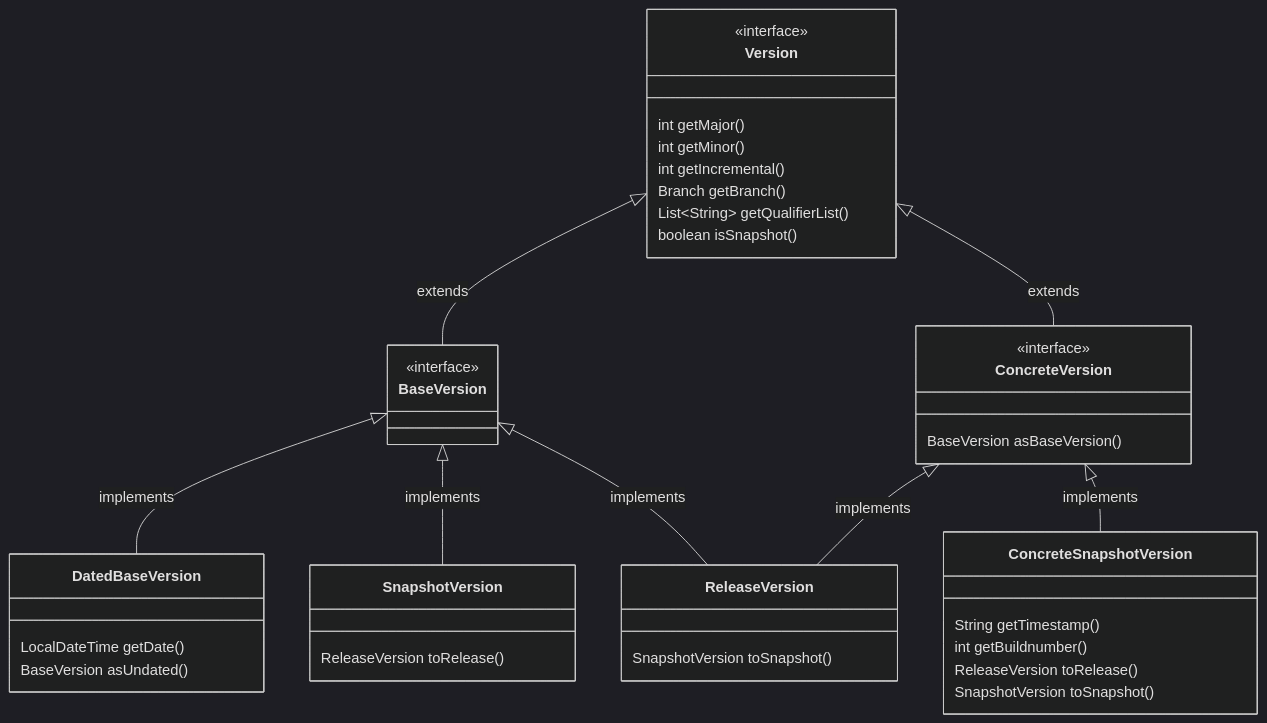
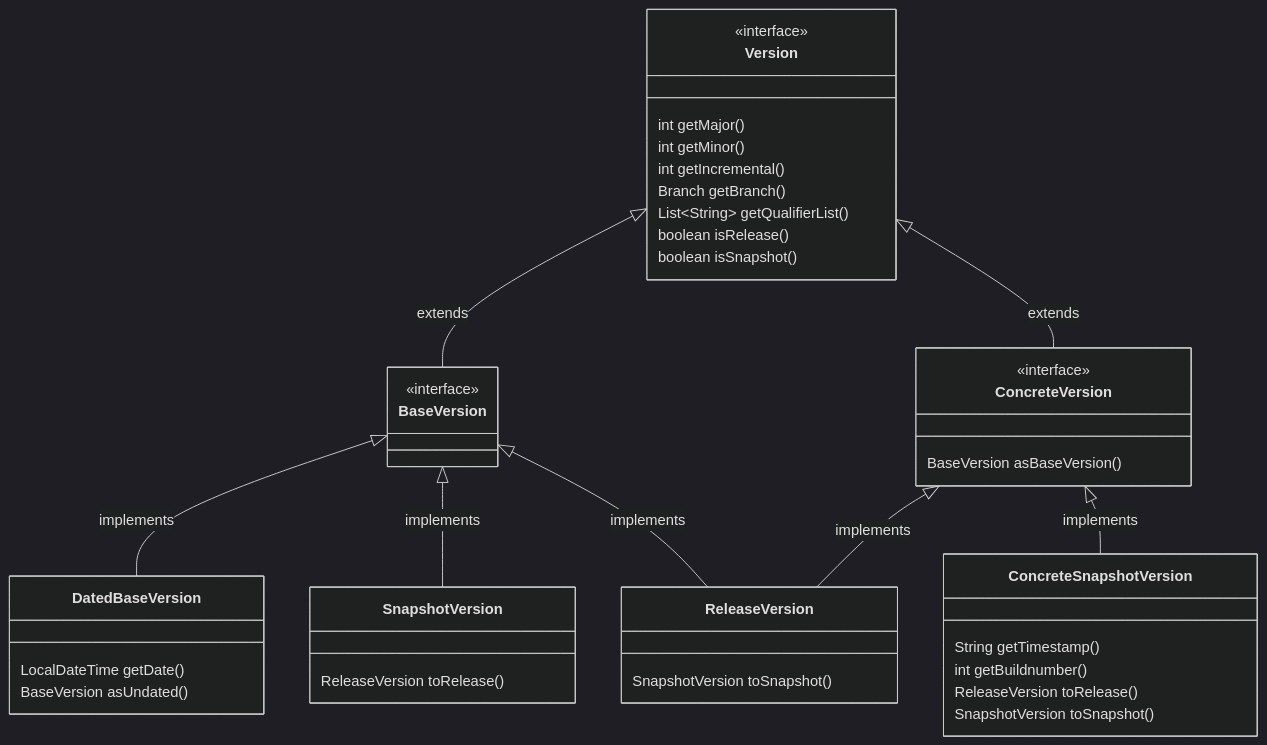
Before and after one commit to sitepark/versioning: the diagram in README.md, drawn with Mermaid.

Commit message:
doc: add isRelease method to class diagram

````diff
--- a/README.md
+++ b/README.md
@@ -38,46 +38,47 @@
 ```mermaid
 ---
 version class diagram
 ---
 %%{init: {'theme': 'dark'}}%%
 classDiagram
 	Version <|-- BaseVersion : extends
 	Version <|-- ConcreteVersion : extends
 	BaseVersion <|-- DatedBaseVersion : implements
 	BaseVersion <|-- SnapshotVersion : implements
 	BaseVersion <|-- ReleaseVersion : implements
 	ConcreteVersion <|-- ReleaseVersion : implements
 	ConcreteVersion <|-- ConcreteSnapshotVersion : implements
 	class Version {
 		<<interface>>
 		int getMajor()
 		int getMinor()
 		int getIncremental()
 		Branch getBranch()
 		List&lt;String&gt; getQualifierList()
+		boolean isRelease()
 		boolean isSnapshot()
 	}
 	class BaseVersion {
 		<<interface>>
 	}
 	class ConcreteVersion {
 		<<interface>>
 		BaseVersion asBaseVersion()
 	}
 	class DatedBaseVersion {
 		LocalDateTime getDate()
 		BaseVersion asUndated()
 	}
 	class SnapshotVersion {
 		ReleaseVersion toRelease()
 	}
 	class ReleaseVersion {
 		SnapshotVersion toSnapshot()
 	}
 	class ConcreteSnapshotVersion {
 		String getTimestamp()
 		int getBuildnumber()
 		ReleaseVersion toRelease()
 		SnapshotVersion toSnapshot()
 	}
 ```
````
